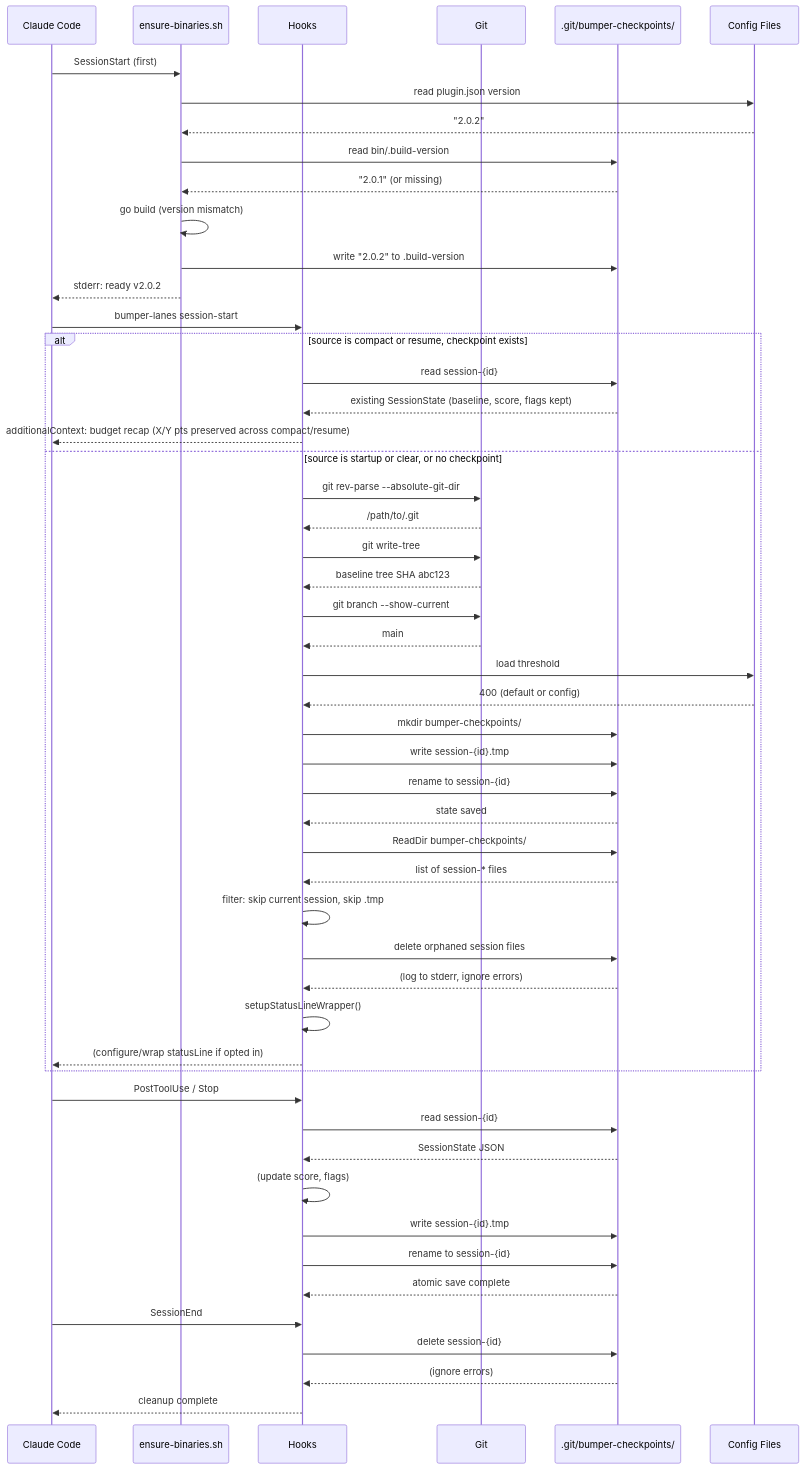
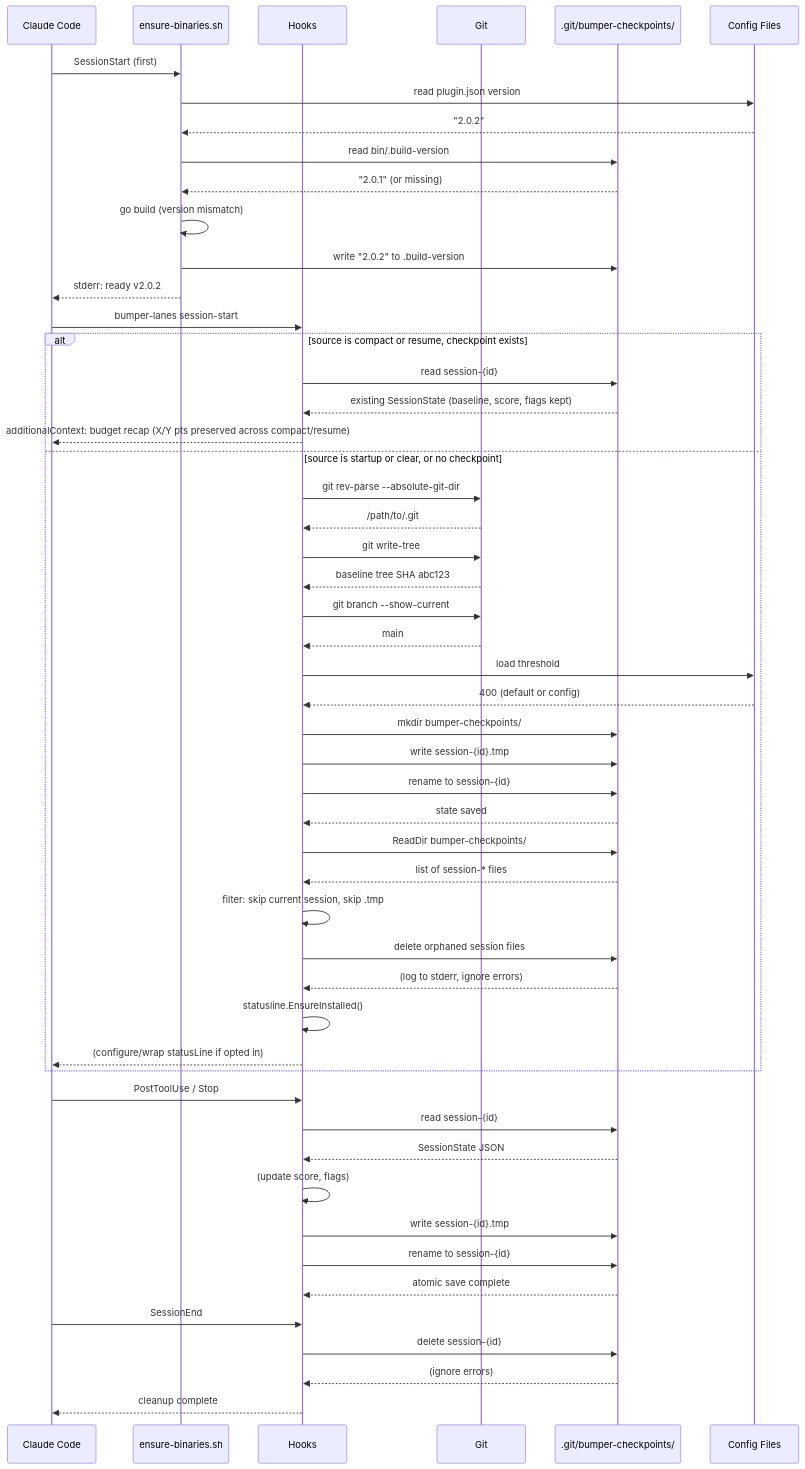
Before and after one commit to kylesnowschwartz/claude-bumper-lanes: the diagram in docs/session-lifecycle-sequence.mmd, drawn with Mermaid. The commit also changed 8 other files, not shown here.

Commit message:
test: consolidate git-repo test fixtures into internal/testutil; docs: fix stale symbol references in sequence diagrams

```diff
--- a/docs/session-lifecycle-sequence.mmd
+++ b/docs/session-lifecycle-sequence.mmd
@@ -1,123 +1,123 @@
 %% Session Lifecycle: Checkpoint creation, updates, and cleanup
 %% Render: cat session-lifecycle-sequence.mmd | mermaid-ascii -f -
 %% Focus: State persistence in .git/bumper-checkpoints/
 
 sequenceDiagram
     participant CC as Claude Code
     participant Bin as ensure-binaries.sh
     participant Hook as Hooks
     participant Git
     participant FS as .git/bumper-checkpoints/
     participant Cfg as Config Files
 
     %% === BINARY VERSION CHECK (ensure-binaries.sh) ===
     CC->>Bin: SessionStart (first)
     Bin->>Cfg: read plugin.json version
     Cfg-->>Bin: "2.0.2"
     Bin->>FS: read bin/.build-version
     FS-->>Bin: "2.0.1" (or missing)
     Bin->>Bin: go build (version mismatch)
     Bin->>FS: write "2.0.2" to .build-version
     Bin-->>CC: stderr: ready v2.0.2
 
     %% === SESSION START ===
     CC->>Hook: bumper-lanes session-start
     alt source is compact or resume, checkpoint exists
         %% Compaction/resume reuse the session id - preserve the budget
         Hook->>FS: read session-{id}
         FS-->>Hook: existing SessionState (baseline, score, flags kept)
         Hook-->>CC: additionalContext: budget recap (X/Y pts preserved across compact/resume)
     else source is startup or clear, or no checkpoint
         Hook->>Git: git rev-parse --absolute-git-dir
         Git-->>Hook: /path/to/.git
         Hook->>Git: git write-tree
         Git-->>Hook: baseline tree SHA abc123
         Hook->>Git: git branch --show-current
         Git-->>Hook: main
         Hook->>Cfg: load threshold
         Cfg-->>Hook: 400 (default or config)
 
         %% Create checkpoint directory and state file
         Hook->>FS: mkdir bumper-checkpoints/
         Hook->>FS: write session-{id}.tmp
         Hook->>FS: rename to session-{id}
         FS-->>Hook: state saved
 
         %% Cleanup orphaned checkpoints from crashed sessions
         Hook->>FS: ReadDir bumper-checkpoints/
         FS-->>Hook: list of session-* files
         Hook->>Hook: filter: skip current session, skip .tmp
         Hook->>FS: delete orphaned session files
         FS-->>Hook: (log to stderr, ignore errors)
 
         %% Status line setup only when statusline_auto_setup=true (opt-in)
-        Hook->>Hook: setupStatusLineWrapper()
+        Hook->>Hook: statusline.EnsureInstalled()
         Hook-->>CC: (configure/wrap statusLine if opted in)
     end
 
     %% === DURING SESSION (each hook call) ===
     CC->>Hook: PostToolUse / Stop
     Hook->>FS: read session-{id}
     FS-->>Hook: SessionState JSON
     Hook->>Hook: (update score, flags)
     Hook->>FS: write session-{id}.tmp
     Hook->>FS: rename to session-{id}
     FS-->>Hook: atomic save complete
 
     %% === SESSION END ===
     CC->>Hook: SessionEnd
     Hook->>FS: delete session-{id}
     FS-->>Hook: (ignore errors)
     Hook-->>CC: cleanup complete
 
 %% ============================================================
 %% VALIDATION REFERENCES
 %% ============================================================
 %% - ensure-binaries.sh: scripts/ensure-binaries.sh (version sentinel)
 %% - SessionStart: internal/hooks/session_start.go:29-77
-%% - setupStatusLineWrapper: internal/hooks/session_start.go:122-196
+%% - EnsureInstalled (cross-package call from SessionStart): internal/statusline/installer.go:EnsureInstalled()
 %% - State New(): internal/state/session.go:136-154
 %% - State Save(): internal/state/session.go:93-134 (atomic write)
 %% - State Load(): internal/state/session.go:69-89
 %% - State Delete(): internal/state/session.go:157-163
 %% - CleanupOrphaned(): internal/state/session.go:214-257
 %% - SessionEnd: internal/hooks/session_end.go:9-13
 %% - Checkpoint dir: internal/state/session.go:38-46
 %%
 %% STATE FILE LOCATION
 %% Path: {git-dir}/bumper-checkpoints/session-{session_id}
 %% - Uses --absolute-git-dir for worktree support
 %% - Each worktree gets isolated checkpoints
 %%
 %% STATE FILE CONTENTS (JSON)
 %% {
 %%   "session_id": "abc123",
 %%   "baseline_tree": "def456",
 %%   "baseline_branch": "main",
 %%   "score": 125,
 %%   "threshold_limit": 400,
 %%   "stop_triggered": false,
 %%   "paused": false,
 %%   "net_lines": -12,
 %%   "tripwires": ["go.mod"],
 %%   "created_at": "2024-01-15T10:30:00Z",
 %%   "repo_path": "/path/to/repo"
 %% }
 %%
 %% ATOMIC WRITES
 %% 1. Write to session-{id}.tmp
 %% 2. Rename to session-{id}
 %% Prevents race conditions between parallel hooks
 %%
 %% VERSION SENTINEL
 %% Path: bin/.build-version
 %% - Contains plugin version that binaries were built for
 %% - Compared against .claude-plugin/plugin.json on SessionStart
 %% - Triggers rebuild on version mismatch (plugin update scenario)
 %% - Fast path (~33ms) when version matches and binaries exist
 %%
 %% NOTES
 %% 1. State read/write on every hook call (I/O overhead - acceptable)
 %% 2. Orphaned checkpoints cleaned on SessionStart (CleanupOrphaned)
 %% 3. Temp files skipped during cleanup (may be in-progress writes)
 %% 4. No state versioning needed - sessions are ephemeral
```
